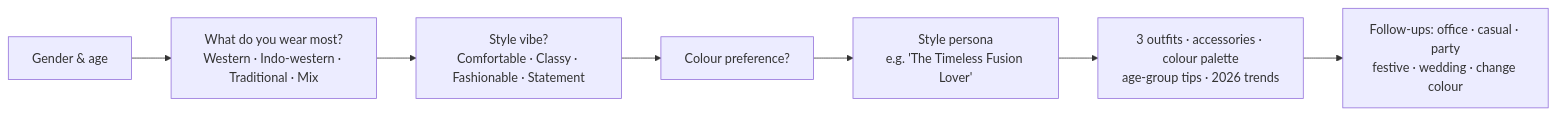
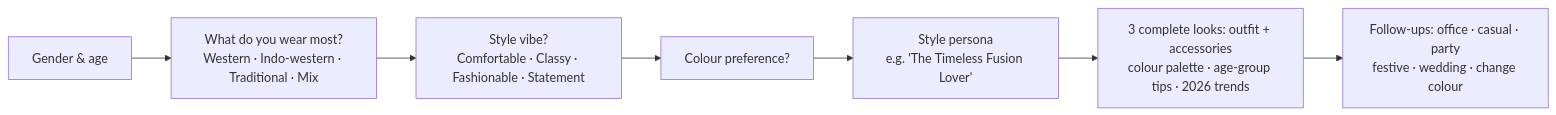
The diagram in 05-just-for-you-stylist/README.md (harshjunekumar/test-sample), drawn with Mermaid before and after one commit. The commit also changed other lines of this file and 6 other files, not shown here.

First line of the commit message:
Stylist: recommend complete looks with matched accessories

````diff
--- a/05-just-for-you-stylist/README.md
+++ b/05-just-for-you-stylist/README.md
@@ -12,9 +12,9 @@
 ```mermaid
 flowchart LR
     Q1[Gender & age] --> Q2[What do you wear most?<br/>Western · Indo-western · Traditional · Mix]
     Q2 --> Q3[Style vibe?<br/>Comfortable · Classy · Fashionable · Statement]
     Q3 --> Q4[Colour preference?]
     Q4 --> P[Style persona<br/>e.g. 'The Timeless Fusion Lover']
-    P --> R[3 outfits · accessories · colour palette<br/>age-group tips · 2026 trends]
+    P --> R[3 complete looks: outfit + accessories<br/>colour palette · age-group tips · 2026 trends]
     R --> O[Follow-ups: office · casual · party<br/>festive · wedding · change colour]
 ```
````
